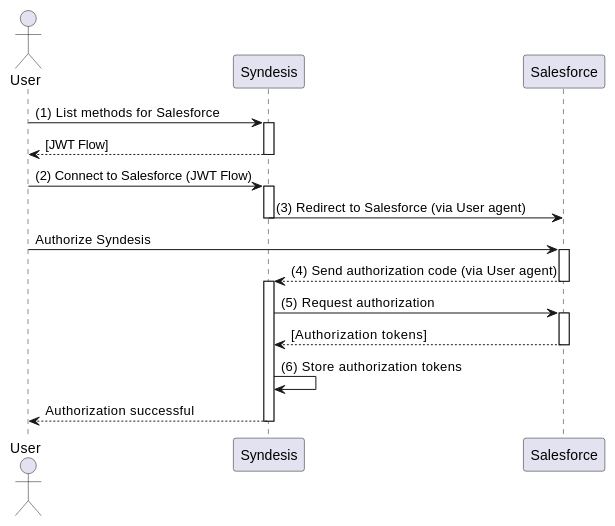
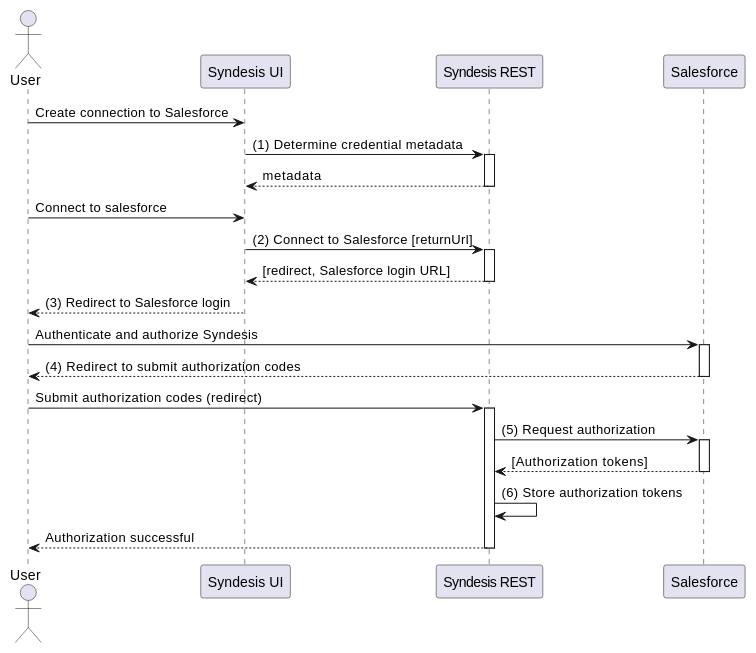
One commit to syndesisio/syndesis changed the diagram in design-proposals/003-credentials.md. Above: the diagram before and after it, drawn with PlantUML. The commit also changed other lines of this file, not shown here.

Commit message:
chore(credentials): Added to draft
Refined REST URLs, single authorization method and updated sequence
diagram.

```diff
--- a/design-proposals/003-credentials.md
+++ b/design-proposals/003-credentials.md
@@ -154,23 +154,27 @@
 @startuml
 actor User
-User -> Syndesis: (1) List methods for Salesforce
-activate Syndesis
-Syndesis --> User: [JWT Flow]
-deactivate Syndesis
-User -> Syndesis: (2) Connect to Salesforce (JWT Flow)
-activate Syndesis
-Syndesis -> Salesforce: (3) Redirect to Salesforce (via User agent)
-deactivate Syndesis
-User -> Salesforce: Authorize Syndesis
+User -> "Syndesis UI": Create connection to Salesforce
+"Syndesis UI" -> "Syndesis REST": (1) Determine credential metadata
+activate "Syndesis REST"
+"Syndesis REST" --> "Syndesis UI": metadata
+deactivate "Syndesis REST"
+User -> "Syndesis UI": Connect to salesforce
+"Syndesis UI" -> "Syndesis REST": (2) Connect to Salesforce [returnUrl]
+activate "Syndesis REST"
+"Syndesis REST" --> "Syndesis UI": [redirect, Salesforce login URL]
+deactivate "Syndesis REST"
+"Syndesis UI" --> User: (3) Redirect to Salesforce login
+User -> Salesforce: Authenticate and authorize Syndesis
 activate Salesforce
-Salesforce --> Syndesis: (4) Send authorization code (via User agent)
+Salesforce --> User: (4) Redirect to submit authorization codes
 deactivate Salesforce
-activate Syndesis
-Syndesis -> Salesforce: (5) Request authorization
+User -> "Syndesis REST": Submit authorization codes (redirect)
+activate "Syndesis REST"
+"Syndesis REST" -> Salesforce: (5) Request authorization
 activate Salesforce
-Salesforce --> Syndesis: [Authorization tokens]
+Salesforce --> "Syndesis REST": [Authorization tokens]
 deactivate Salesforce
-Syndesis -> Syndesis: (6) Store authorization tokens
-Syndesis --> User: Authorization successful
-deactivate Syndesis
+"Syndesis REST" -> "Syndesis REST": (6) Store authorization tokens
+"Syndesis REST" --> User: Authorization successful
+deactivate "Syndesis REST"
 @enduml
```
